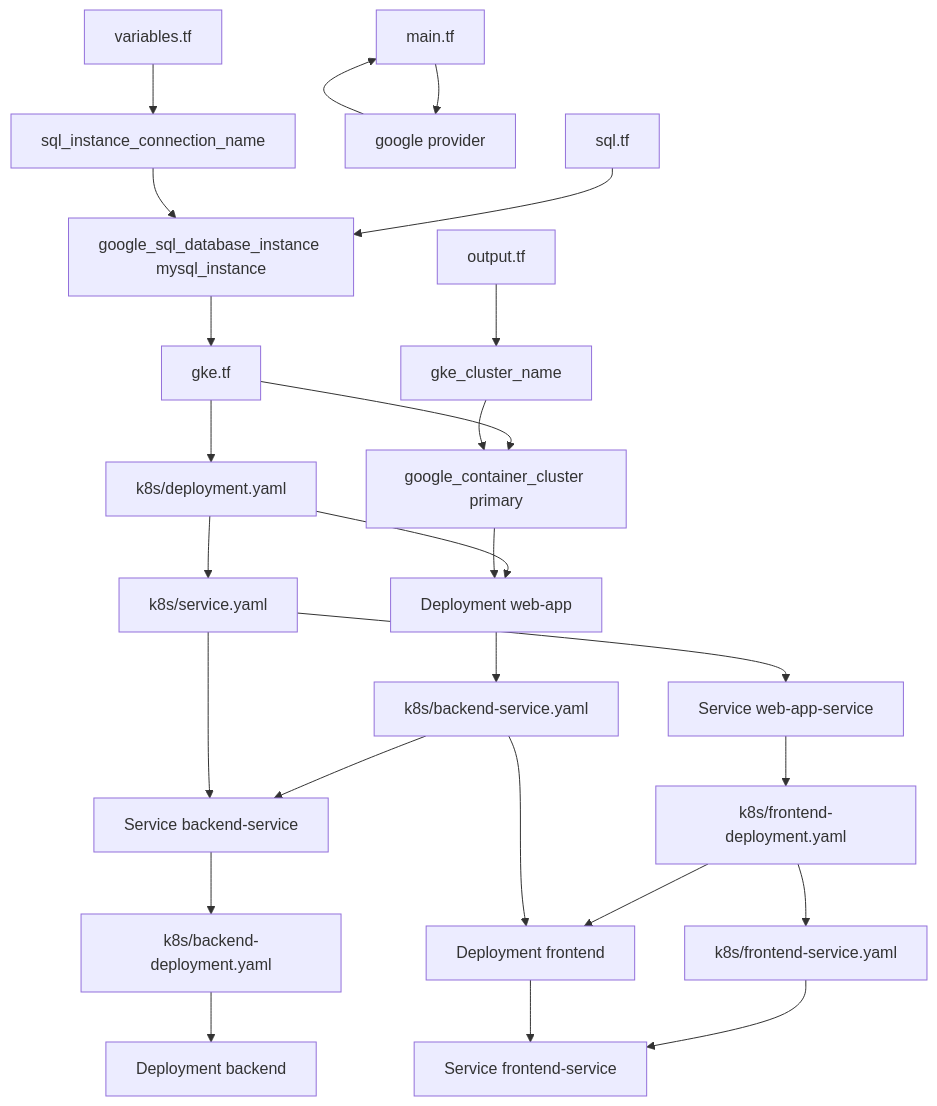
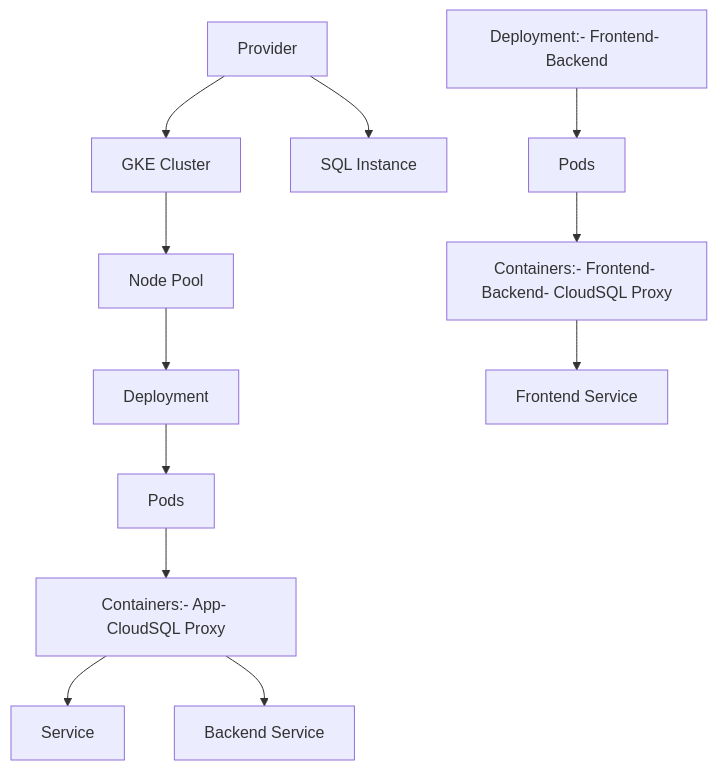
The second of 2 diagrams in README.md (Hacka25/webapp), drawn with Mermaid before and after one commit. The commit also changed other lines of this file, not shown here.

Commit message:
[skip-autodocs] Update README and architecture diagram

````diff
--- a/README.md
+++ b/README.md
@@ -47,28 +47,14 @@
 ```mermaid
 graph TD
-A[output.tf] --> B["gke_cluster_name"]
-C[variables.tf] --> D["sql_instance_connection_name"]
-E[main.tf] --> F["google provider"]
-G[sql.tf] --> H["google_sql_database_instance mysql_instance"]
-I[gke.tf] --> J["google_container_cluster primary"]
-K["k8s/deployment.yaml"] --> L["Deployment web-app"]
-M["k8s/service.yaml"] --> N["Service web-app-service"]
-O["k8s/backend-service.yaml"] --> P["Service backend-service"]
-Q["k8s/frontend-deployment.yaml"] --> R["Deployment frontend"]
-S["k8s/backend-deployment.yaml"] --> T["Deployment backend"]
-U["k8s/frontend-service.yaml"] --> V["Service frontend-service"]
-B  --> J
-D  --> H
-F  --> E
-H  --> I
-I  --> K
-J  --> L
-K  --> M
-L  --> O
-M  --> P
-N  --> Q
-O  --> R
-P  --> S
-Q  --> U
-R  --> V
+  A[Provider] --> B[GKE Cluster]
+  A --> C[SQL Instance]
+  B --> D[Node Pool]
+  D --> E[Deployment]
+  E --> F[Pods]
+  F --> G[Containers:- App- CloudSQL Proxy]
+  G --> H[Service]
+  G --> I[Backend Service]
+  J[Deployment:- Frontend- Backend] --> K[Pods]
+  K --> L[Containers:- Frontend- Backend- CloudSQL Proxy]
+  L --> M[Frontend Service]
 ```
````
